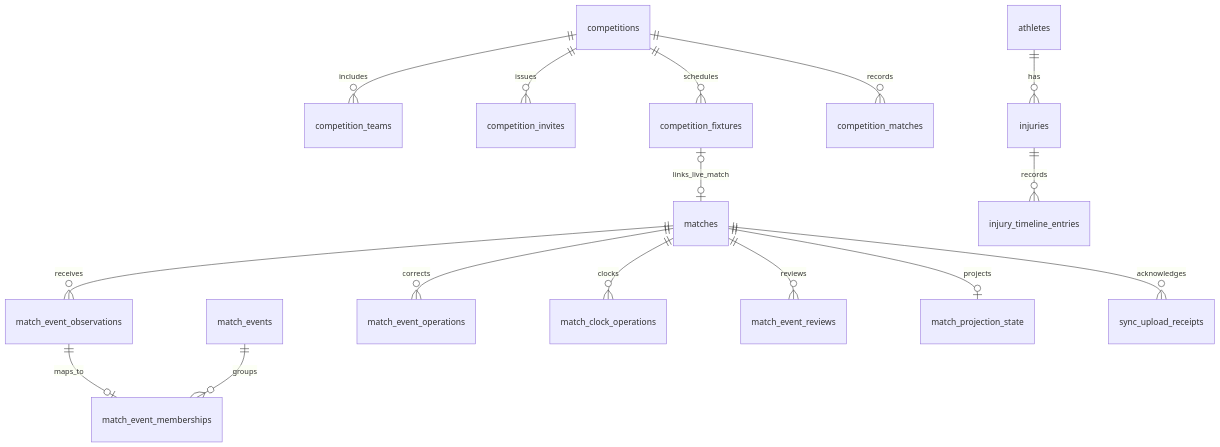
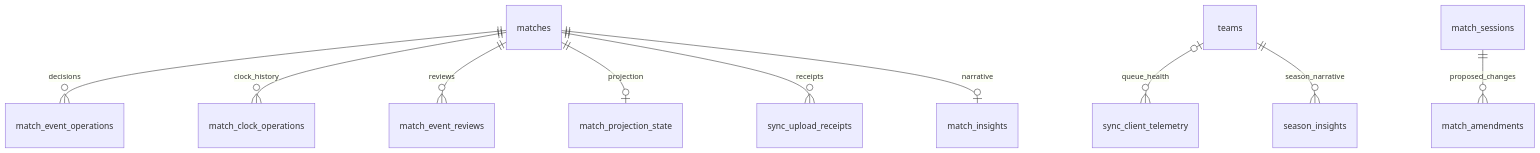
Before and after one commit to nayan-m15/SDP-Project-Documentation: the sixth of 6 diagrams in docs/Architecture/data/database-schema.md, drawn with Mermaid. The commit also changed other lines of this file and 22 other files, not shown here.

First line of the commit message:
Rework architecture docs for current source

````diff
--- a/docs/Architecture/data/database-schema.md
+++ b/docs/Architecture/data/database-schema.md
@@ -213,18 +73,12 @@
 ```mermaid
 erDiagram
-  competitions ||--o{ competition_teams : includes
-  competitions ||--o{ competition_invites : issues
-  competitions ||--o{ competition_fixtures : schedules
-  competitions ||--o{ competition_matches : records
-  competition_fixtures o|--o| matches : links_live_match
-  athletes ||--o{ injuries : has
-  injuries ||--o{ injury_timeline_entries : records
-  matches ||--o{ match_event_observations : receives
-  match_event_observations ||--o| match_event_memberships : maps_to
-  match_events ||--o{ match_event_memberships : groups
-  matches ||--o{ match_event_operations : corrects
-  matches ||--o{ match_clock_operations : clocks
+  matches ||--o{ match_event_operations : decisions
+  matches ||--o{ match_clock_operations : clock_history
   matches ||--o{ match_event_reviews : reviews
-  matches ||--o| match_projection_state : projects
-  matches ||--o{ sync_upload_receipts : acknowledges
+  matches ||--o| match_projection_state : projection
+  matches ||--o{ sync_upload_receipts : receipts
+  teams o|--o{ sync_client_telemetry : queue_health
+  match_sessions ||--o{ match_amendments : proposed_changes
+  matches ||--o| match_insights : narrative
+  teams ||--o{ season_insights : season_narrative
 ```
````
